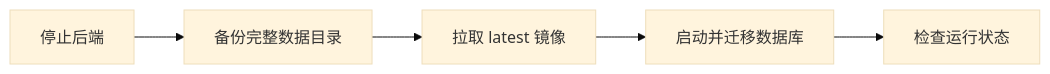
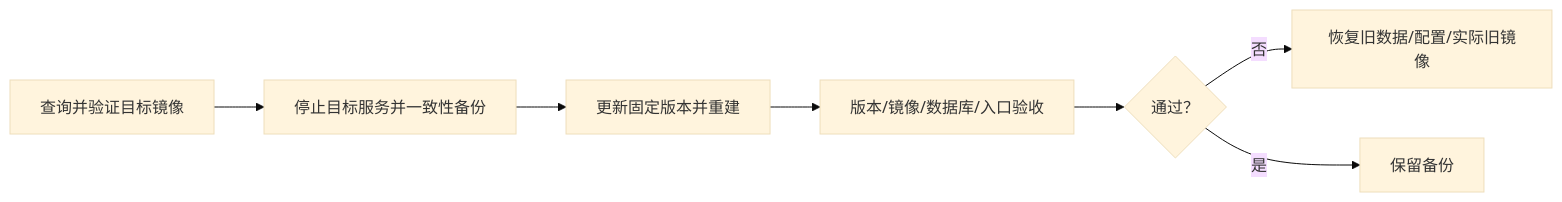
The second of 6 diagrams in README.md (ecouus/EmbyRelay), drawn with Mermaid (base theme) before and after one commit. The commit also changed other lines of this file and 26 other files, not shown here.

````diff
--- a/README.md
+++ b/README.md
@@ -77,7 +85,9 @@
 ```mermaid
 flowchart LR
-    A[停止后端] --> B[备份完整数据目录]
-    B --> C[拉取 latest 镜像]
-    C --> D[启动并迁移数据库]
-    D --> E[检查运行状态]
+    A[查询并验证目标镜像] --> B[停止目标服务并一致性备份]
+    B --> C[更新固定版本并重建]
+    C --> D[版本/镜像/数据库/入口验收]
+    D --> E{通过？}
+    E -->|否| F[恢复旧数据/配置/实际旧镜像]
+    E -->|是| G[保留备份]
 ```
````
